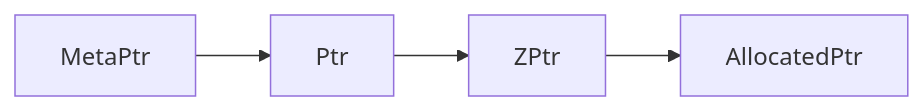
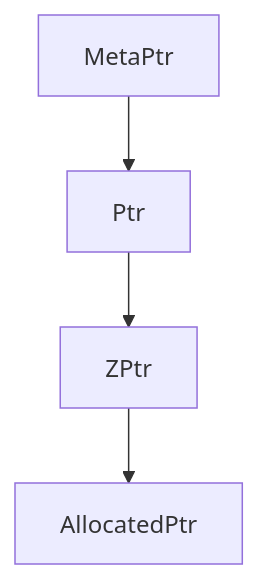
Before and after one commit to argumentcomputer/lurk-beta: the first of 2 diagrams in src/lem/README.md, drawn with Mermaid. The commit also changed other lines of this file, not shown here.

````diff
--- a/src/lem/README.md
+++ b/src/lem/README.md
@@ -16,6 +16,6 @@
 ```mermaid
-graph LR;
-    MetaPtr --> Ptr
-    Ptr --> ZPtr
-    ZPtr --> AllocatedPtr
+graph TD;
+    M[MetaPtr] --> P[Ptr];
+    P --> Z[ZPtr];
+    Z --> A[AllocatedPtr];
 ```
````
